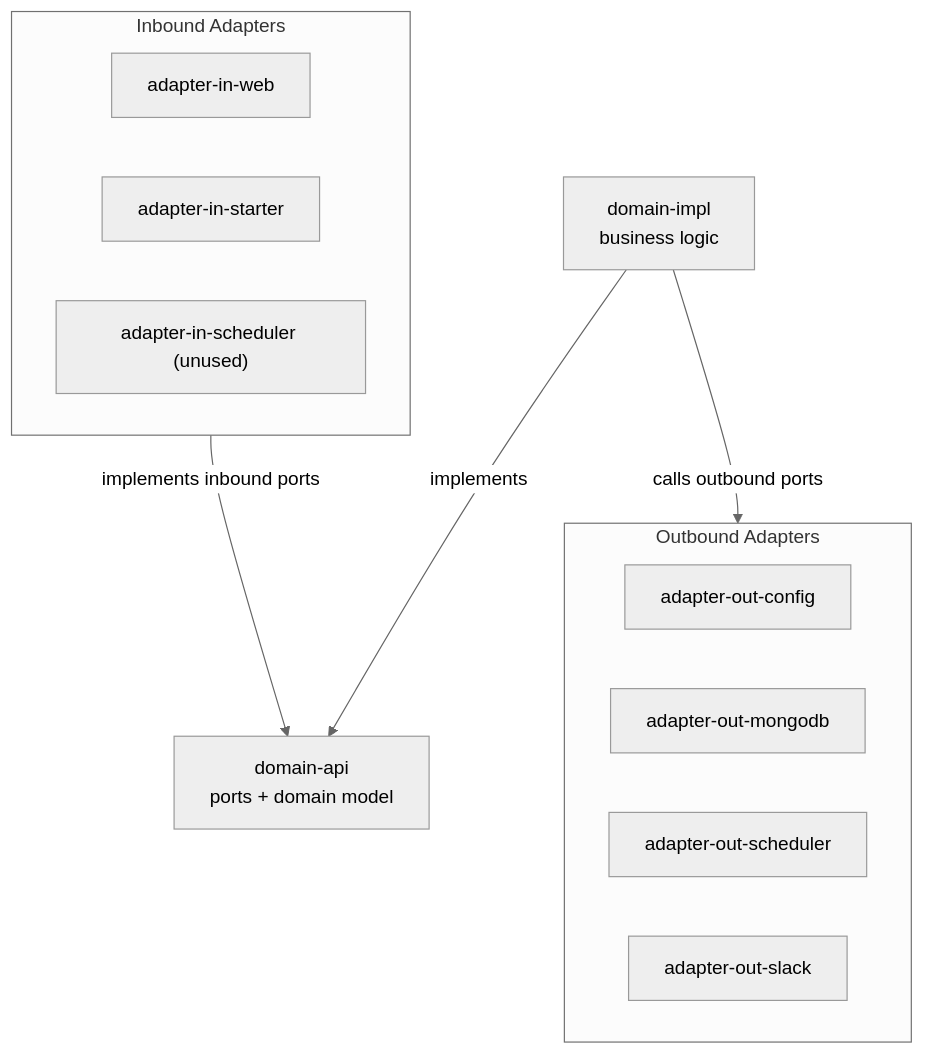
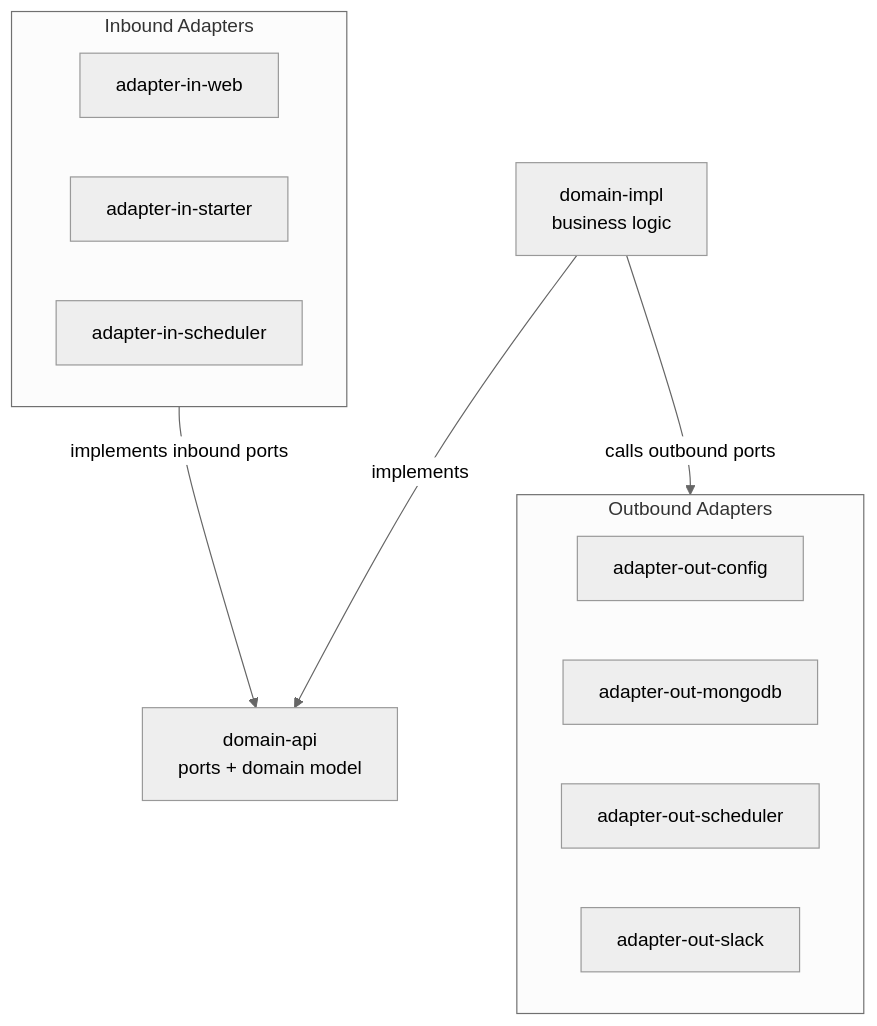
One commit to christiangroth/james-platform changed the second of 4 diagrams in docs/arc42/arc42.md. Above: the diagram before and after it, drawn with Mermaid (neutral theme). The commit also changed other lines of this file and 3 other files, not shown here.

````diff
--- a/docs/arc42/arc42.md
+++ b/docs/arc42/arc42.md
@@ -185,22 +198,22 @@
 ```mermaid
 flowchart TB
     subgraph Inbound["Inbound Adapters"]
         AIW["adapter-in-web"]
         AIS["adapter-in-starter"]
-        AISC["adapter-in-scheduler (unused)"]
+        AISC["adapter-in-scheduler"]
     end
 
     DA["domain-api<br/>ports + domain model"]
     DI["domain-impl<br/>business logic"]
 
     subgraph Outbound["Outbound Adapters"]
         AOC["adapter-out-config"]
         AOM["adapter-out-mongodb"]
         AOS["adapter-out-scheduler"]
         AOSL["adapter-out-slack"]
     end
 
     Inbound -->|implements inbound ports| DA
     DI -->|implements| DA
     DI -->|calls outbound ports| Outbound
 ```
````
